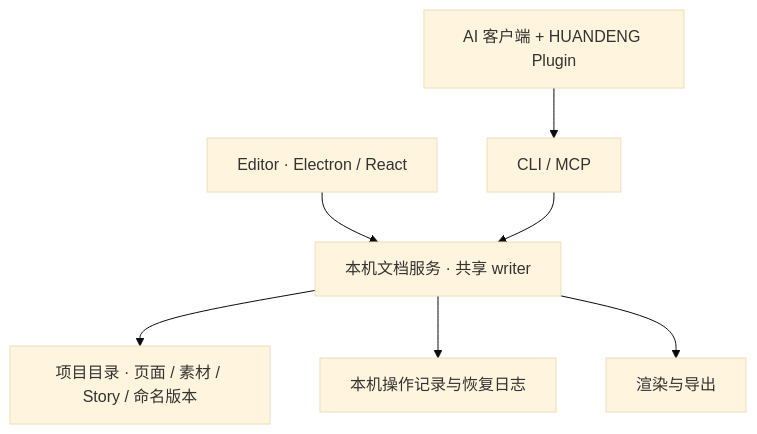
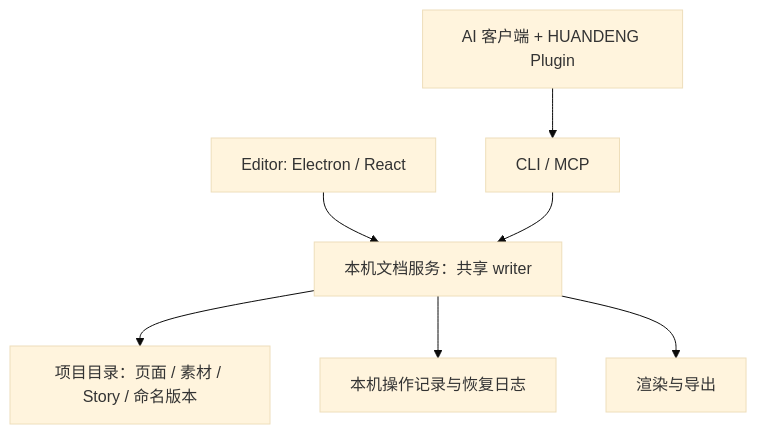
The diagram in README.zh-CN.md (JaytonKogeru/huandeng), drawn with Mermaid (base theme) before and after one commit. The commit also changed other lines of this file and 185 other files, not shown here.

````diff
--- a/README.zh-CN.md
+++ b/README.zh-CN.md
@@ -98,9 +122,9 @@
 ```mermaid
 flowchart TB
-    E["Editor · Electron / React"] --> W["本机文档服务 · 共享 writer"]
+    E["Editor: Electron / React"] --> W["本机文档服务：共享 writer"]
     A["AI 客户端 + HUANDENG Plugin"] --> C["CLI / MCP"]
     C --> W
-    W --> P["项目目录 · 页面 / 素材 / Story / 命名版本"]
+    W --> P["项目目录：页面 / 素材 / Story / 命名版本"]
     W --> J["本机操作记录与恢复日志"]
     W --> X["渲染与导出"]
 ```
````
